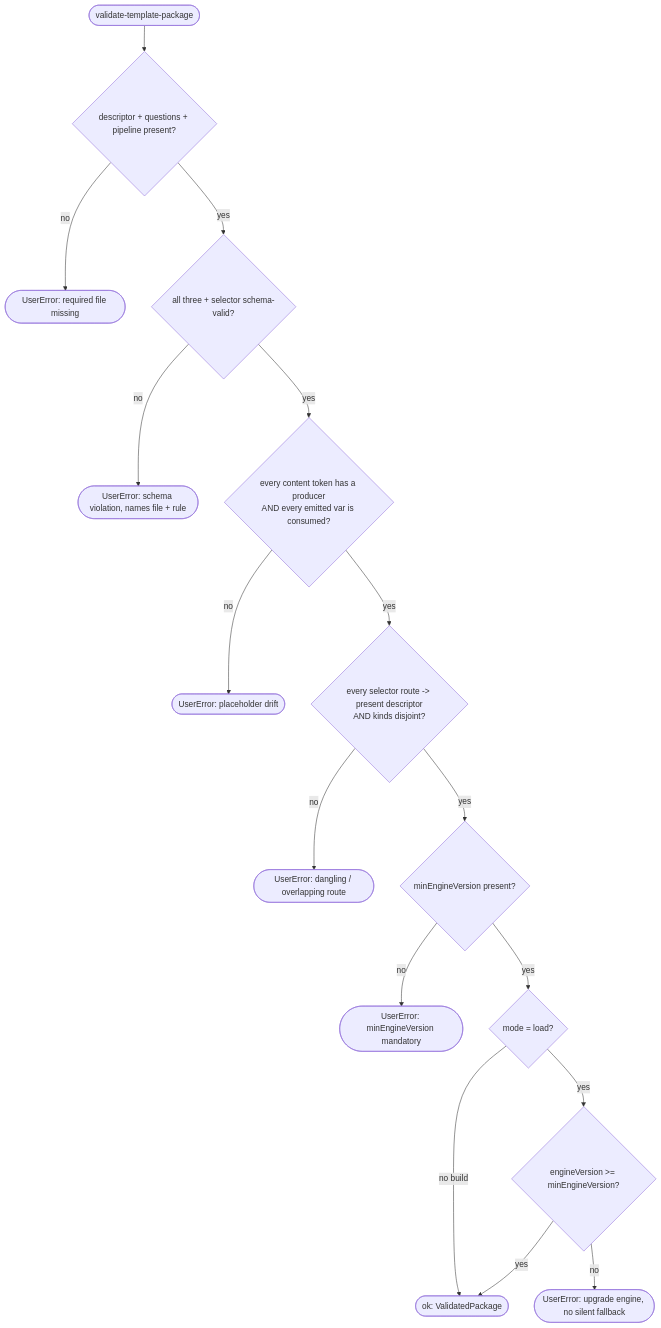
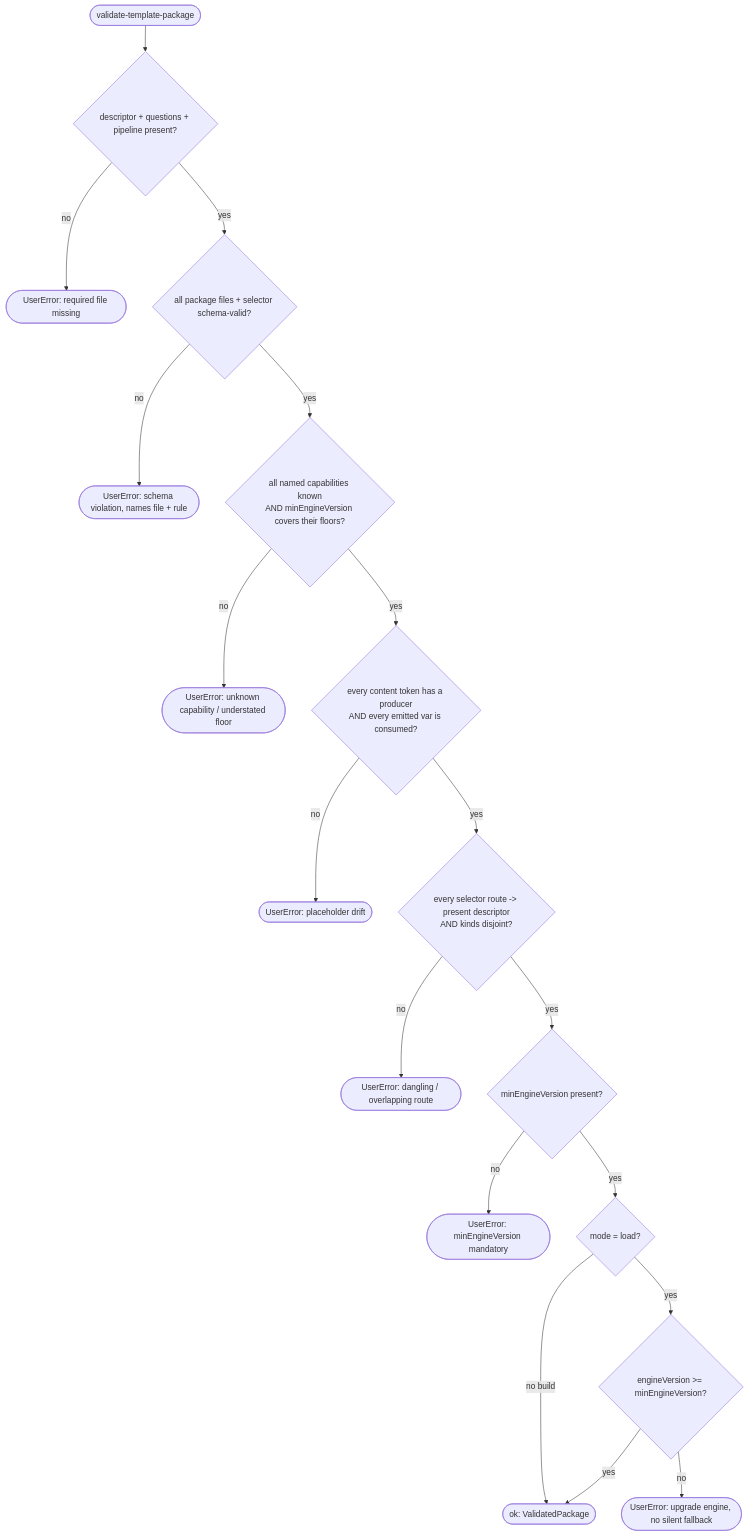
One commit to OfficeDev/Teams-Toolkit changed the diagram in docs/03-specs/operations/scaffolding/validate-template-package.md. Above: the diagram before and after it, drawn with Mermaid. The commit also changed other lines of this file and 147 other files, not shown here.

````diff
--- a/docs/03-specs/operations/scaffolding/validate-template-package.md
+++ b/docs/03-specs/operations/scaffolding/validate-template-package.md
@@ -108,18 +118,20 @@
 ```mermaid
 flowchart TD
   start([validate-template-package]) --> files{descriptor + questions + pipeline present?}
   files -->|no| errReq([UserError: required file missing])
-  files -->|yes| schema{all three + selector schema-valid?}
+  files -->|yes| schema{all package files + selector schema-valid?}
   schema -->|no| errSchema([UserError: schema violation, names file + rule])
-  schema -->|yes| ph{every content token has a producer<br/>AND every emitted var is consumed?}
+  schema -->|yes| caps{all named capabilities known<br/>AND minEngineVersion covers their floors?}
+  caps -->|no| errCaps([UserError: unknown capability / understated floor])
+  caps -->|yes| ph{every content token has a producer<br/>AND every emitted var is consumed?}
   ph -->|no| errPh([UserError: placeholder drift])
   ph -->|yes| route{every selector route -> present descriptor<br/>AND kinds disjoint?}
   route -->|no| errRoute([UserError: dangling / overlapping route])
   route -->|yes| minEng{minEngineVersion present?}
   minEng -->|no| errMissing([UserError: minEngineVersion mandatory])
   minEng -->|yes| modeQ{mode = load?}
   modeQ -->|no build| ok([ok: ValidatedPackage])
   modeQ -->|yes| compat{engineVersion >= minEngineVersion?}
   compat -->|no| errUpgrade([UserError: upgrade engine, no silent fallback])
   compat -->|yes| ok
 ```
````
